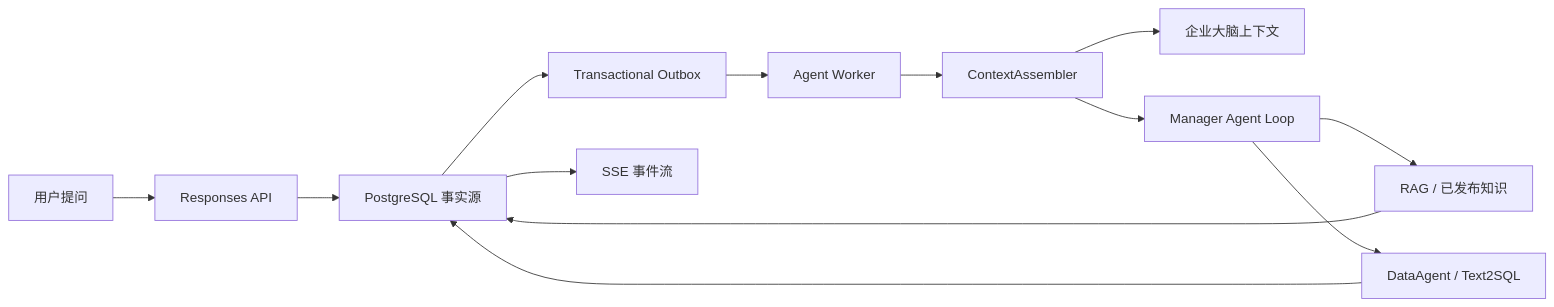
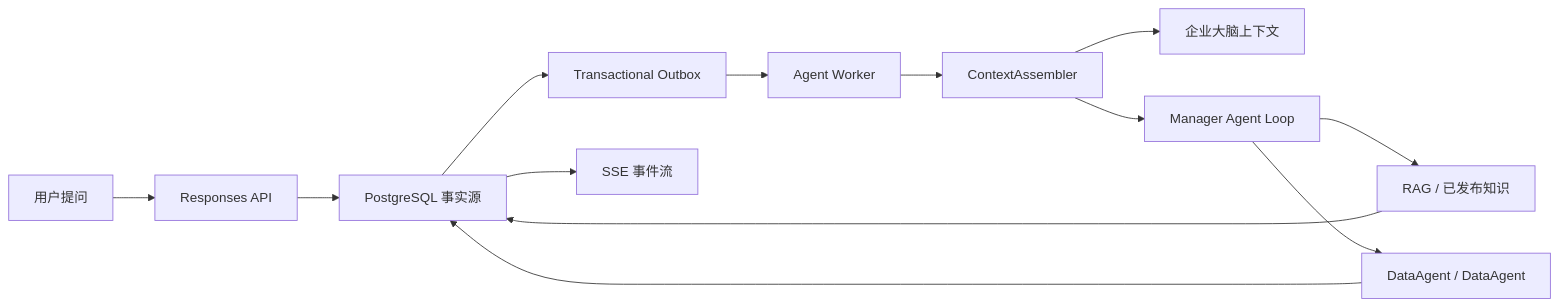
Before and after one commit to SongJok/OpenTrace: the diagram in docs/architecture/enterprise_organization_os.md, drawn with Mermaid. The commit also changed other lines of this file and 74 other files, not shown here.

Commit message:
feat: unify enterprise data querying under DataAgent

````diff
--- a/docs/architecture/enterprise_organization_os.md
+++ b/docs/architecture/enterprise_organization_os.md
@@ -8,15 +8,15 @@
 ```mermaid
 flowchart LR
   U[用户提问] --> API[Responses API]
   API --> PG[PostgreSQL 事实源]
   PG --> O[Transactional Outbox]
   O --> W[Agent Worker]
   W --> C[ContextAssembler]
   C --> B[企业大脑上下文]
   C --> L[Manager Agent Loop]
   L --> R[RAG / 已发布知识]
-  L --> D[DataAgent / Text2SQL]
+  L --> D[DataAgent / DataAgent]
   R --> PG
   D --> PG
   PG --> S[SSE 事件流]
 ```
````
